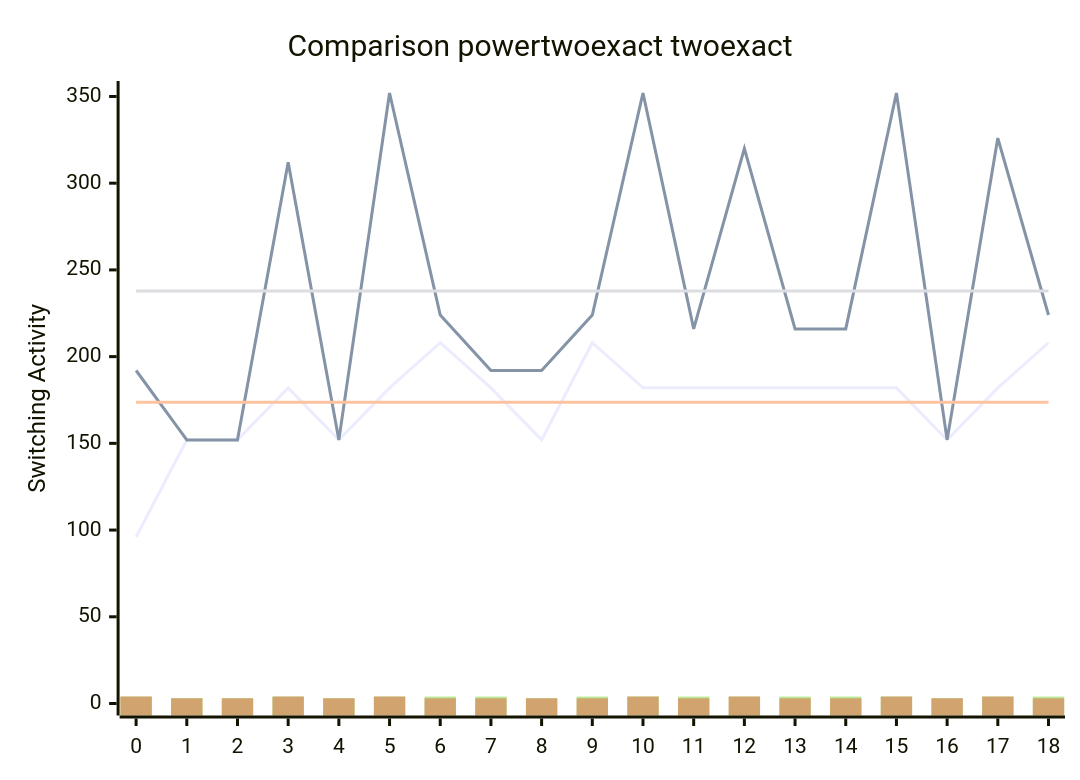
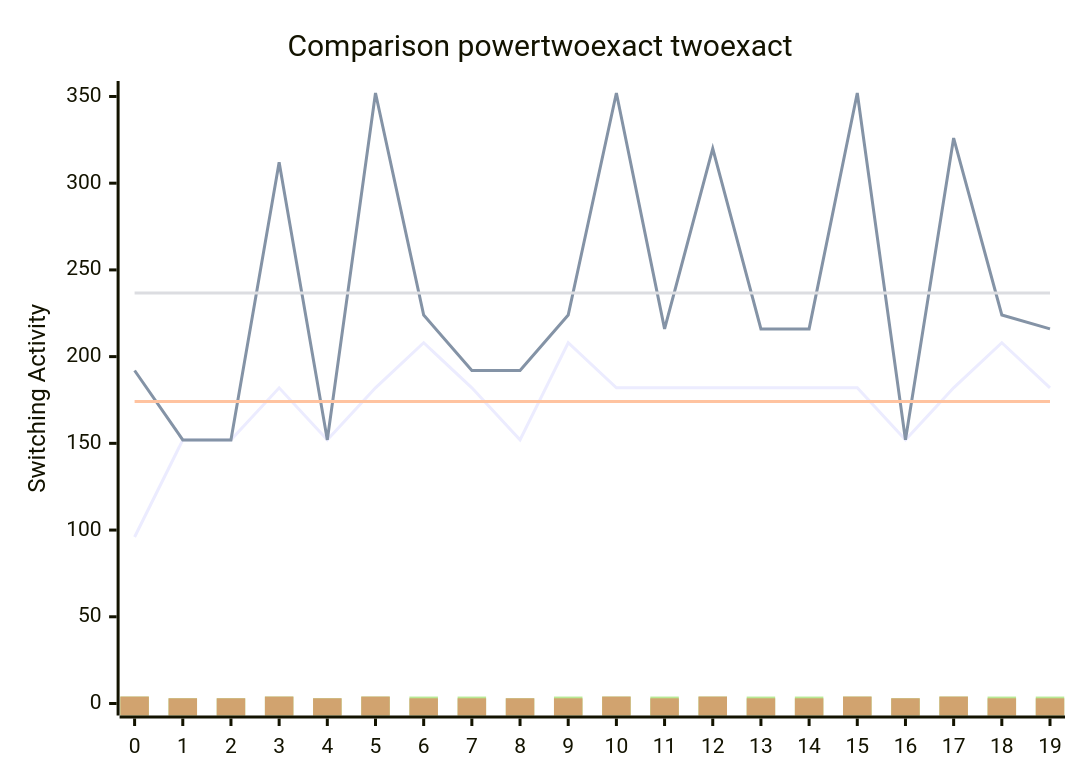
Before and after one commit to FeldmeierMichael/Exact-Power-Synthesis: the diagram in benchmark.md, drawn with Mermaid. The commit also changed other lines of this file and 2 other files, not shown here.

````diff
--- a/benchmark.md
+++ b/benchmark.md
@@ -39,12 +41,12 @@
 ```mermaid
 xychart-beta
     title "Comparison powertwoexact twoexact"
-    x-axis [0, 1, 2, 3, 4, 5, 6, 7, 8, 9, 10, 11, 12, 13, 14, 15, 16, 17, 18]
+    x-axis [0, 1, 2, 3, 4, 5, 6, 7, 8, 9, 10, 11, 12, 13, 14, 15, 16, 17, 18, 19]
     y-axis "Switching Activity" 0-->352
-    line [96, 152, 152, 182, 152, 182, 208, 182, 152, 208, 182, 182, 182, 182, 182, 182, 152, 182, 208]
-    line [192, 152, 152, 312, 152, 352, 224, 192, 192, 224, 352, 216, 320, 216, 216, 352, 152, 326, 224]
-    line [173.68421052631578, 173.68421052631578, 173.68421052631578, 173.68421052631578, 173.68421052631578, 173.68421052631578, 173.68421052631578, 173.68421052631578, 173.68421052631578, 173.68421052631578, 173.68421052631578, 173.68421052631578, 173.68421052631578, 173.68421052631578, 173.68421052631578, 173.68421052631578, 173.68421052631578, 173.68421052631578, 173.68421052631578]
-    line [237.78947368421052, 237.78947368421052, 237.78947368421052, 237.78947368421052, 237.78947368421052, 237.78947368421052, 237.78947368421052, 237.78947368421052, 237.78947368421052, 237.78947368421052, 237.78947368421052, 237.78947368421052, 237.78947368421052, 237.78947368421052, 237.78947368421052, 237.78947368421052, 237.78947368421052, 237.78947368421052, 237.78947368421052]
-    bar [4, 3, 3, 4, 3, 4, 4, 4, 3, 4, 4, 4, 4, 4, 4, 4, 3, 4, 4, 4, 3, 3, 4, 3, 4, 4, 4, 3, 4, 4, 4, 4, 4, 4, 4, 3, 4, 4, 4, 3, 3, 4, 3, 4, 4, 4, 3, 4, 4, 4, 4, 4, 4, 4, 3, 4, 4, 4, 3, 3, 4, 3, 4, 4, 4, 3, 4, 4, 4, 4, 4, 4, 4, 3, 4, 4, 4, 3, 3, 4, 3, 4, 4, 4, 3, 4, 4, 4, 4, 4, 4, 4, 3, 4, 4, 4, 3, 3, 4, 3, 4, 4, 4, 3, 4, 4, 4, 4, 4, 4, 4, 3, 4, 4, 4, 3, 3, 4, 3, 4, 4, 4, 3, 4, 4, 4, 4, 4, 4, 4, 3, 4, 4, 4, 3, 3, 4, 3, 4, 4, 4, 3, 4, 4, 4, 4, 4, 4, 4, 3, 4, 4, 4, 3, 3, 4, 3, 4, 4, 4, 3, 4, 4, 4, 4, 4, 4, 4, 3, 4, 4, 4, 3, 3, 4, 3, 4, 4, 4, 3, 4, 4, 4, 4, 4, 4, 4, 3, 4, 4, 4, 3, 3, 4, 3, 4, 4, 4, 3, 4, 4, 4, 4, 4, 4, 4, 3, 4, 4, 4, 3, 3, 4, 3, 4, 4, 4, 3, 4, 4, 4, 4, 4, 4, 4, 3, 4, 4, 4, 3, 3, 4, 3, 4, 4, 4, 3, 4, 4, 4, 4, 4, 4, 4, 3, 4, 4, 4, 3, 3, 4, 3, 4, 4, 4, 3, 4, 4, 4, 4, 4, 4, 4, 3, 4, 4, 4, 3, 3, 4, 3, 4, 4, 4, 3, 4, 4, 4, 4, 4, 4, 4, 3, 4, 4, 4, 3, 3, 4, 3, 4, 4, 4, 3, 4, 4, 4, 4, 4, 4, 4, 3, 4, 4, 4, 3, 3, 4, 3, 4, 4, 4, 3, 4, 4, 4, 4, 4, 4, 4, 3, 4, 4, 4, 3, 3, 4, 3, 4, 4, 4, 3, 4, 4, 4, 4, 4, 4, 4, 3, 4, 4, 4, 3, 3, 4, 3, 4, 4, 4, 3, 4, 4, 4, 4, 4, 4, 4, 3, 4, 4, 4, 3, 3, 4, 3, 4, 4, 4, 3, 4, 4, 4, 4, 4, 4, 4, 3, 4, 4]
-    bar [4, 3, 3, 4, 3, 4, 3, 3, 3, 3, 4, 3, 4, 3, 3, 4, 3, 4, 3, 4, 3, 3, 4, 3, 4, 3, 3, 3, 3, 4, 3, 4, 3, 3, 4, 3, 4, 3, 4, 3, 3, 4, 3, 4, 3, 3, 3, 3, 4, 3, 4, 3, 3, 4, 3, 4, 3, 4, 3, 3, 4, 3, 4, 3, 3, 3, 3, 4, 3, 4, 3, 3, 4, 3, 4, 3, 4, 3, 3, 4, 3, 4, 3, 3, 3, 3, 4, 3, 4, 3, 3, 4, 3, 4, 3, 4, 3, 3, 4, 3, 4, 3, 3, 3, 3, 4, 3, 4, 3, 3, 4, 3, 4, 3, 4, 3, 3, 4, 3, 4, 3, 3, 3, 3, 4, 3, 4, 3, 3, 4, 3, 4, 3, 4, 3, 3, 4, 3, 4, 3, 3, 3, 3, 4, 3, 4, 3, 3, 4, 3, 4, 3, 4, 3, 3, 4, 3, 4, 3, 3, 3, 3, 4, 3, 4, 3, 3, 4, 3, 4, 3, 4, 3, 3, 4, 3, 4, 3, 3, 3, 3, 4, 3, 4, 3, 3, 4, 3, 4, 3, 4, 3, 3, 4, 3, 4, 3, 3, 3, 3, 4, 3, 4, 3, 3, 4, 3, 4, 3, 4, 3, 3, 4, 3, 4, 3, 3, 3, 3, 4, 3, 4, 3, 3, 4, 3, 4, 3, 4, 3, 3, 4, 3, 4, 3, 3, 3, 3, 4, 3, 4, 3, 3, 4, 3, 4, 3, 4, 3, 3, 4, 3, 4, 3, 3, 3, 3, 4, 3, 4, 3, 3, 4, 3, 4, 3, 4, 3, 3, 4, 3, 4, 3, 3, 3, 3, 4, 3, 4, 3, 3, 4, 3, 4, 3, 4, 3, 3, 4, 3, 4, 3, 3, 3, 3, 4, 3, 4, 3, 3, 4, 3, 4, 3, 4, 3, 3, 4, 3, 4, 3, 3, 3, 3, 4, 3, 4, 3, 3, 4, 3, 4, 3, 4, 3, 3, 4, 3, 4, 3, 3, 3, 3, 4, 3, 4, 3, 3, 4, 3, 4, 3, 4, 3, 3, 4, 3, 4, 3, 3, 3, 3, 4, 3, 4, 3, 3, 4, 3, 4, 3, 4, 3, 3, 4, 3, 4, 3, 3, 3, 3, 4, 3, 4, 3, 3, 4, 3, 4, 3]
+    line [96, 152, 152, 182, 152, 182, 208, 182, 152, 208, 182, 182, 182, 182, 182, 182, 152, 182, 208, 182]
+    line [192, 152, 152, 312, 152, 352, 224, 192, 192, 224, 352, 216, 320, 216, 216, 352, 152, 326, 224, 216]
+    line [174.1, 174.1, 174.1, 174.1, 174.1, 174.1, 174.1, 174.1, 174.1, 174.1, 174.1, 174.1, 174.1, 174.1, 174.1, 174.1, 174.1, 174.1, 174.1, 174.1]
+    line [236.7, 236.7, 236.7, 236.7, 236.7, 236.7, 236.7, 236.7, 236.7, 236.7, 236.7, 236.7, 236.7, 236.7, 236.7, 236.7, 236.7, 236.7, 236.7, 236.7]
+    bar [4, 3, 3, 4, 3, 4, 4, 4, 3, 4, 4, 4, 4, 4, 4, 4, 3, 4, 4, 4, 4, 3, 3, 4, 3, 4, 4, 4, 3, 4, 4, 4, 4, 4, 4, 4, 3, 4, 4, 4, 4, 3, 3, 4, 3, 4, 4, 4, 3, 4, 4, 4, 4, 4, 4, 4, 3, 4, 4, 4, 4, 3, 3, 4, 3, 4, 4, 4, 3, 4, 4, 4, 4, 4, 4, 4, 3, 4, 4, 4, 4, 3, 3, 4, 3, 4, 4, 4, 3, 4, 4, 4, 4, 4, 4, 4, 3, 4, 4, 4, 4, 3, 3, 4, 3, 4, 4, 4, 3, 4, 4, 4, 4, 4, 4, 4, 3, 4, 4, 4, 4, 3, 3, 4, 3, 4, 4, 4, 3, 4, 4, 4, 4, 4, 4, 4, 3, 4, 4, 4, 4, 3, 3, 4, 3, 4, 4, 4, 3, 4, 4, 4, 4, 4, 4, 4, 3, 4, 4, 4, 4, 3, 3, 4, 3, 4, 4, 4, 3, 4, 4, 4, 4, 4, 4, 4, 3, 4, 4, 4, 4, 3, 3, 4, 3, 4, 4, 4, 3, 4, 4, 4, 4, 4, 4, 4, 3, 4, 4, 4, 4, 3, 3, 4, 3, 4, 4, 4, 3, 4, 4, 4, 4, 4, 4, 4, 3, 4, 4, 4, 4, 3, 3, 4, 3, 4, 4, 4, 3, 4, 4, 4, 4, 4, 4, 4, 3, 4, 4, 4, 4, 3, 3, 4, 3, 4, 4, 4, 3, 4, 4, 4, 4, 4, 4, 4, 3, 4, 4, 4, 4, 3, 3, 4, 3, 4, 4, 4, 3, 4, 4, 4, 4, 4, 4, 4, 3, 4, 4, 4, 4, 3, 3, 4, 3, 4, 4, 4, 3, 4, 4, 4, 4, 4, 4, 4, 3, 4, 4, 4, 4, 3, 3, 4, 3, 4, 4, 4, 3, 4, 4, 4, 4, 4, 4, 4, 3, 4, 4, 4, 4, 3, 3, 4, 3, 4, 4, 4, 3, 4, 4, 4, 4, 4, 4, 4, 3, 4, 4, 4, 4, 3, 3, 4, 3, 4, 4, 4, 3, 4, 4, 4, 4, 4, 4, 4, 3, 4, 4, 4, 4, 3, 3, 4, 3, 4, 4, 4, 3, 4, 4, 4, 4, 4, 4, 4, 3, 4, 4, 4, 4, 3, 3, 4, 3, 4, 4, 4, 3, 4, 4, 4, 4, 4, 4, 4, 3, 4, 4, 4]
+    bar [4, 3, 3, 4, 3, 4, 3, 3, 3, 3, 4, 3, 4, 3, 3, 4, 3, 4, 3, 3, 4, 3, 3, 4, 3, 4, 3, 3, 3, 3, 4, 3, 4, 3, 3, 4, 3, 4, 3, 3, 4, 3, 3, 4, 3, 4, 3, 3, 3, 3, 4, 3, 4, 3, 3, 4, 3, 4, 3, 3, 4, 3, 3, 4, 3, 4, 3, 3, 3, 3, 4, 3, 4, 3, 3, 4, 3, 4, 3, 3, 4, 3, 3, 4, 3, 4, 3, 3, 3, 3, 4, 3, 4, 3, 3, 4, 3, 4, 3, 3, 4, 3, 3, 4, 3, 4, 3, 3, 3, 3, 4, 3, 4, 3, 3, 4, 3, 4, 3, 3, 4, 3, 3, 4, 3, 4, 3, 3, 3, 3, 4, 3, 4, 3, 3, 4, 3, 4, 3, 3, 4, 3, 3, 4, 3, 4, 3, 3, 3, 3, 4, 3, 4, 3, 3, 4, 3, 4, 3, 3, 4, 3, 3, 4, 3, 4, 3, 3, 3, 3, 4, 3, 4, 3, 3, 4, 3, 4, 3, 3, 4, 3, 3, 4, 3, 4, 3, 3, 3, 3, 4, 3, 4, 3, 3, 4, 3, 4, 3, 3, 4, 3, 3, 4, 3, 4, 3, 3, 3, 3, 4, 3, 4, 3, 3, 4, 3, 4, 3, 3, 4, 3, 3, 4, 3, 4, 3, 3, 3, 3, 4, 3, 4, 3, 3, 4, 3, 4, 3, 3, 4, 3, 3, 4, 3, 4, 3, 3, 3, 3, 4, 3, 4, 3, 3, 4, 3, 4, 3, 3, 4, 3, 3, 4, 3, 4, 3, 3, 3, 3, 4, 3, 4, 3, 3, 4, 3, 4, 3, 3, 4, 3, 3, 4, 3, 4, 3, 3, 3, 3, 4, 3, 4, 3, 3, 4, 3, 4, 3, 3, 4, 3, 3, 4, 3, 4, 3, 3, 3, 3, 4, 3, 4, 3, 3, 4, 3, 4, 3, 3, 4, 3, 3, 4, 3, 4, 3, 3, 3, 3, 4, 3, 4, 3, 3, 4, 3, 4, 3, 3, 4, 3, 3, 4, 3, 4, 3, 3, 3, 3, 4, 3, 4, 3, 3, 4, 3, 4, 3, 3, 4, 3, 3, 4, 3, 4, 3, 3, 3, 3, 4, 3, 4, 3, 3, 4, 3, 4, 3, 3, 4, 3, 3, 4, 3, 4, 3, 3, 3, 3, 4, 3, 4, 3, 3, 4, 3, 4, 3, 3]
 ```
````
